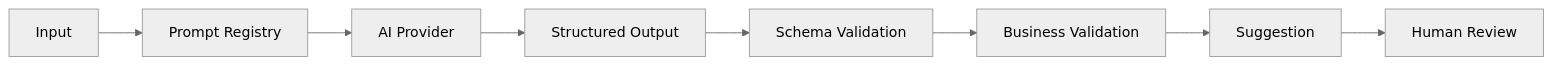
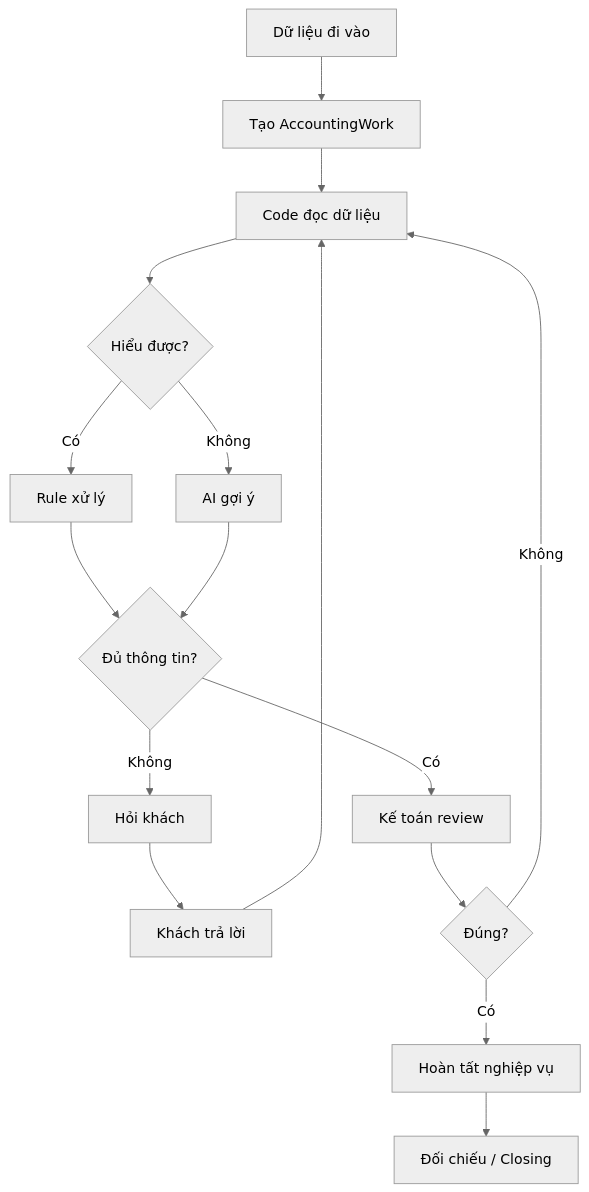
One commit to huynv81/tomtax changed the tenth of 12 diagrams in tdd.md. Above: the diagram before and after it, drawn with Mermaid (neutral theme). The commit also changed other lines of this file, not shown here.

````diff
--- a/tdd.md
+++ b/tdd.md
@@ -652,10 +955,24 @@
 ```mermaid
-flowchart LR
-    A[Input] --> B[Prompt Registry]
-    B --> C[AI Provider]
-    C --> D[Structured Output]
-    D --> E[Schema Validation]
-    E --> F[Business Validation]
-    F --> G[Suggestion]
-    G --> H[Human Review]
+flowchart TD
+    A[Dữ liệu đi vào] --> B[Tạo AccountingWork]
+    B --> C[Code đọc dữ liệu]
+    C --> D{Hiểu được?}
+
+    D -->|Có| E[Rule xử lý]
+    D -->|Không| F[AI gợi ý]
+
+    E --> G{Đủ thông tin?}
+    F --> G
+
+    G -->|Không| H[Hỏi khách]
+    H --> I[Khách trả lời]
+    I --> C
+
+    G -->|Có| J[Kế toán review]
+    J --> K{Đúng?}
+
+    K -->|Không| C
+    K -->|Có| L[Hoàn tất nghiệp vụ]
+
+    L --> M[Đối chiếu / Closing]
 ```
````
